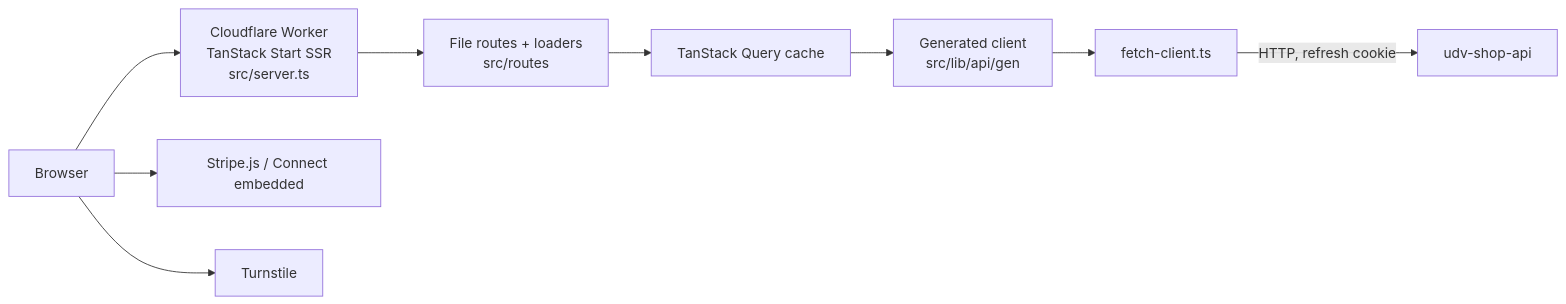
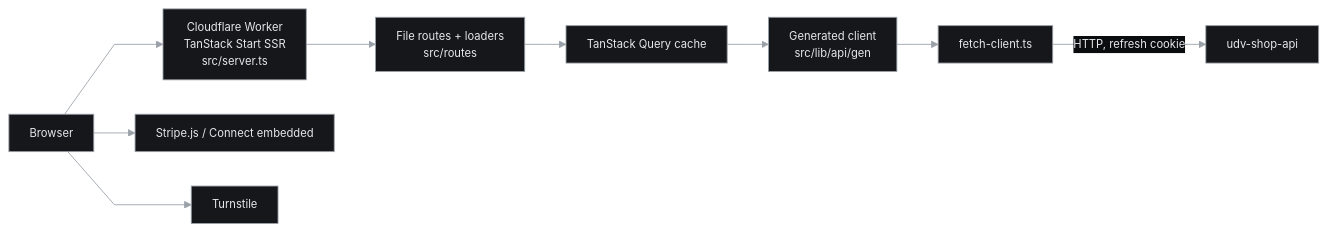
Before and after one commit to mkwitko/ecommerce-storefront: the diagram in README.md, drawn with Mermaid. The commit also changed 8 other files, not shown here.

Commit message:
brand: framed screenshots and diagram palette (#8)

````diff
--- a/README.md
+++ b/README.md
@@ -46,11 +46,12 @@
 ```mermaid
+%%{init: {"theme":"base","themeVariables":{"background":"#0B0C0E","primaryColor":"#15171B","primaryTextColor":"#E6E8EB","primaryBorderColor":"#9AA0A8","secondaryColor":"#1E2126","tertiaryColor":"#1E2126","lineColor":"#9AA0A8","textColor":"#E6E8EB","clusterBkg":"#101216","clusterBorder":"#2A2E35","edgeLabelBackground":"#0B0C0E","actorBkg":"#15171B","actorBorder":"#9AA0A8","actorTextColor":"#E6E8EB","signalColor":"#9AA0A8","signalTextColor":"#E6E8EB","noteBkgColor":"#1E2126","noteTextColor":"#E6E8EB","noteBorderColor":"#2A2E35","fontFamily":"ui-monospace, SFMono-Regular, Menlo, monospace","fontSize":"13px"}, "flowchart":{"curve":"linear","nodeSpacing":40,"rankSpacing":48,"padding":12}}}%%
 flowchart LR
   Browser --> Worker[Cloudflare Worker<br/>TanStack Start SSR<br/>src/server.ts]
   Worker --> Routes[File routes + loaders<br/>src/routes]
   Routes --> Query[TanStack Query cache]
   Query --> Client[Generated client<br/>src/lib/api/gen]
   Client --> Fetch[fetch-client.ts]
   Fetch -->|HTTP, refresh cookie| API[udv-shop-api]
   Browser --> Stripe[Stripe.js / Connect embedded]
   Browser --> Turnstile[Turnstile]
 ```
````
